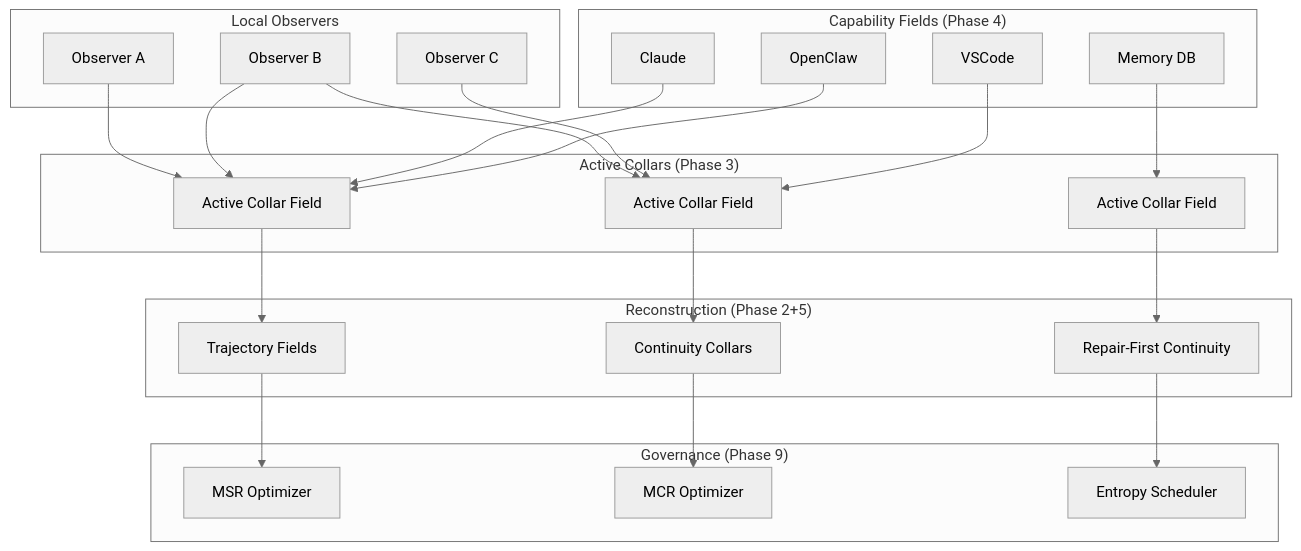
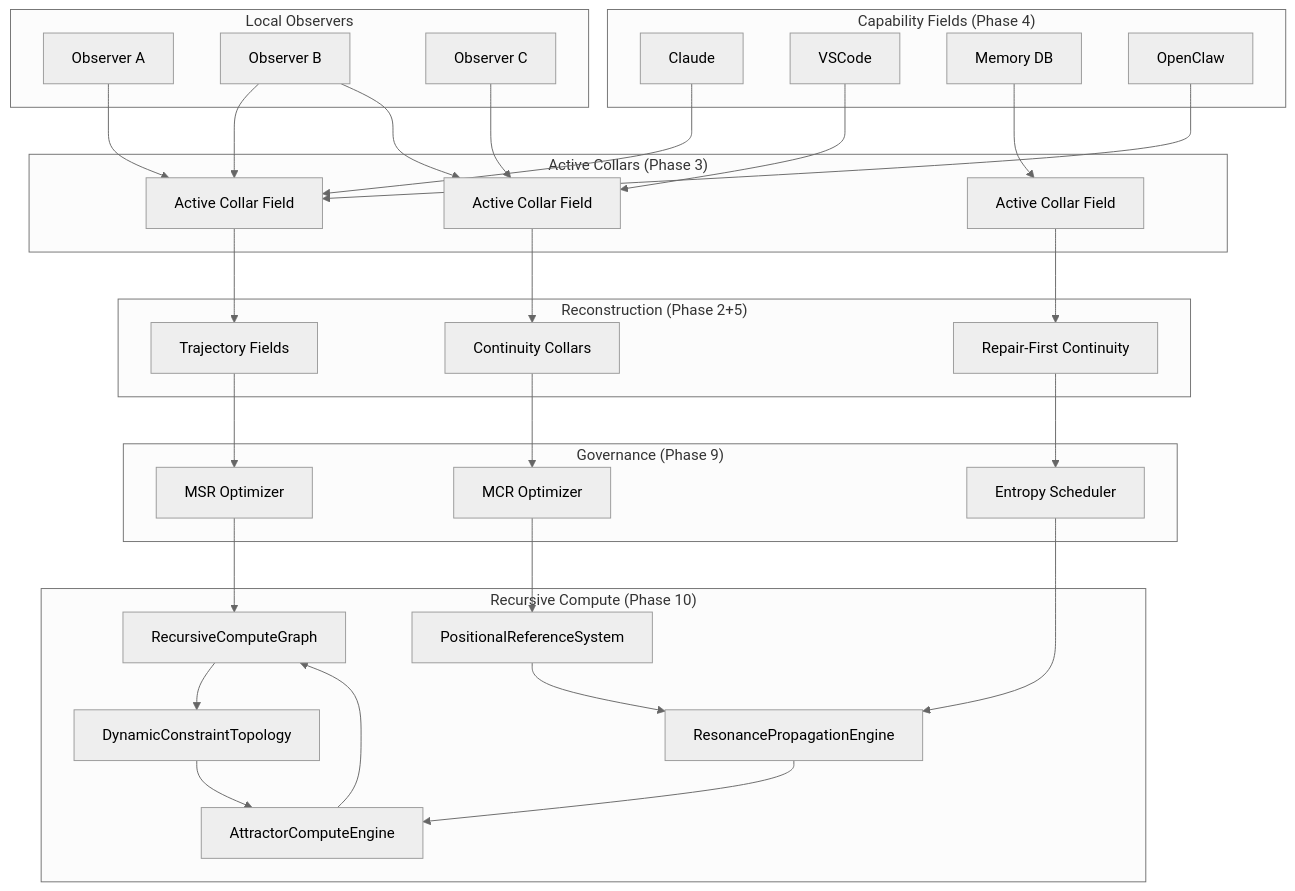
One commit to dabiggestpoppa/larger-lab changed the diagram in all-mermaids/phase6-9-resources/full-topology.md. Above: the diagram before and after it, drawn with Mermaid (neutral theme). The commit also changed other lines of this file and 8 other files, not shown here.

Commit message:
Update architecture docs: Phase 10 complete, GitHub cleanup, 1460 tests passing

````diff
--- a/all-mermaids/phase6-9-resources/full-topology.md
+++ b/all-mermaids/phase6-9-resources/full-topology.md
@@ -6,51 +6,68 @@
 ```mermaid
 graph TD
     subgraph "Local Observers"
         O1[Observer A]
         O2[Observer B]
         O3[Observer C]
     end
 
     subgraph "Active Collars (Phase 3)"
         AC1[Active Collar Field]
         AC2[Active Collar Field]
         AC3[Active Collar Field]
     end
 
     subgraph "Reconstruction (Phase 2+5)"
         TF[Trajectory Fields]
         CC[Continuity Collars]
         RP[Repair-First Continuity]
     end
 
     subgraph "Capability Fields (Phase 4)"
         CF1[Claude]
         CF2[VSCode]
         CF3[Memory DB]
         CF4[OpenClaw]
     end
 
     subgraph "Governance (Phase 9)"
         MSR[MSR Optimizer]
         MCR[MCR Optimizer]
         ES[Entropy Scheduler]
     end
 
+    subgraph "Recursive Compute (Phase 10)"
+        RCG[RecursiveComputeGraph]
+        PRS[PositionalReferenceSystem]
+        RPE[ResonancePropagationEngine]
+        DCT[DynamicConstraintTopology]
+        ACE[AttractorComputeEngine]
+    end
+
     O1 --> AC1
     O2 --> AC1
     O2 --> AC2
     O3 --> AC2
 
     AC1 --> TF
     AC2 --> CC
     AC3 --> RP
 
     CF1 --> AC1
     CF2 --> AC2
     CF3 --> AC3
     CF4 --> AC1
 
     TF --> MSR
     CC --> MCR
     RP --> ES
+
+    MSR --> RCG
+    MCR --> PRS
+    ES --> RPE
+    RCG --> DCT
+    PRS --> RPE
+    RPE --> ACE
+    DCT --> ACE
+    ACE --> RCG
 ```
````
